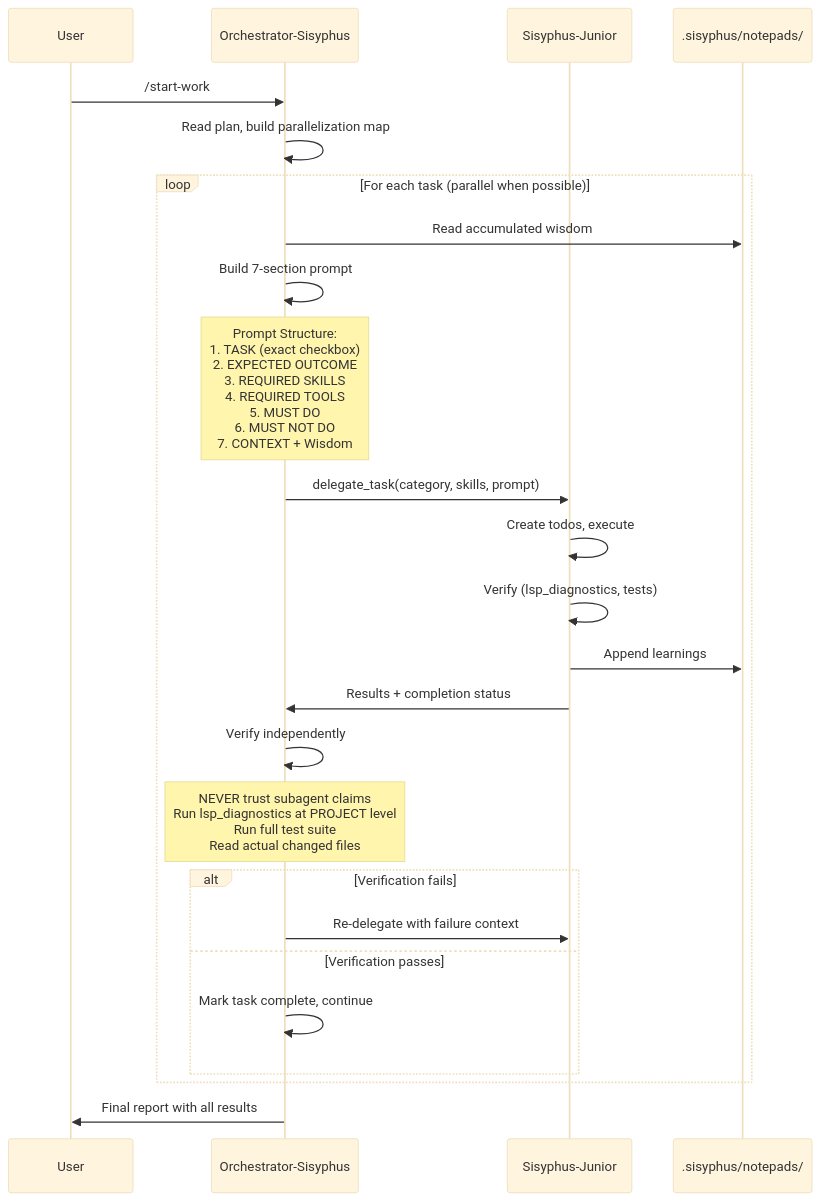
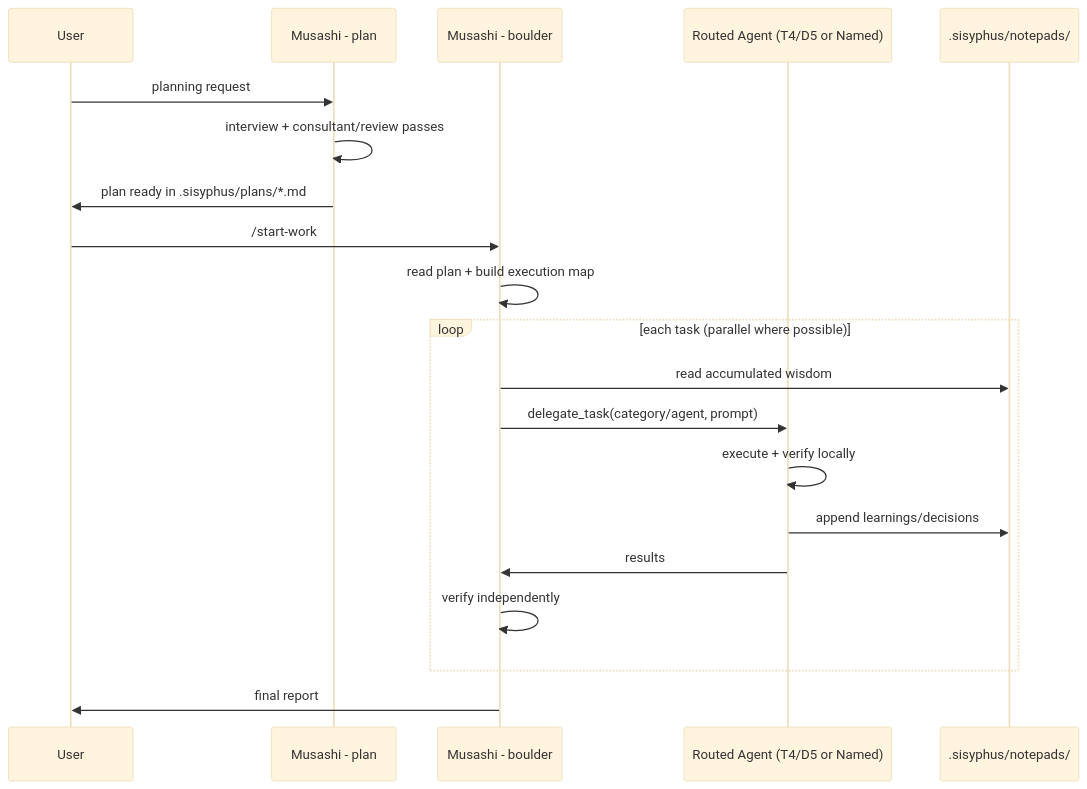
One commit to codewithkenzo/oh-my-opencode changed the fourth of 4 diagrams in docs/guide/understanding-orchestration-system.md. Above: the diagram before and after it, drawn with Mermaid (base theme). The commit also changed other lines of this file and 12 other files, not shown here.

First line of the commit message:
Sprint 6: Fix stale agent refs + docs refresh for 8-agent architecture (#28)

````diff
--- a/docs/guide/understanding-orchestration-system.md
+++ b/docs/guide/understanding-orchestration-system.md
@@ -352,35 +200,26 @@
 ```mermaid
 sequenceDiagram
     participant User
-    participant Orchestrator as Orchestrator-Sisyphus
-    participant Junior as Sisyphus-Junior
+    participant Plan as Musashi - plan
+    participant Boulder as Musashi - boulder
+    participant Worker as Routed Agent (T4/D5 or Named)
     participant Notepad as .sisyphus/notepads/
-    
-    User->>Orchestrator: /start-work
-    Orchestrator->>Orchestrator: Read plan, build parallelization map
-    
-    loop For each task (parallel when possible)
-        Orchestrator->>Notepad: Read accumulated wisdom
-        Orchestrator->>Orchestrator: Build 7-section prompt
-        
-        Note over Orchestrator: Prompt Structure:<br/>1. TASK (exact checkbox)<br/>2. EXPECTED OUTCOME<br/>3. REQUIRED SKILLS<br/>4. REQUIRED TOOLS<br/>5. MUST DO<br/>6. MUST NOT DO<br/>7. CONTEXT + Wisdom
-        
-        Orchestrator->>Junior: delegate_task(category, skills, prompt)
-        
-        Junior->>Junior: Create todos, execute
-        Junior->>Junior: Verify (lsp_diagnostics, tests)
-        Junior->>Notepad: Append learnings
-        Junior->>Orchestrator: Results + completion status
-        
-        Orchestrator->>Orchestrator: Verify independently
-        Note over Orchestrator: NEVER trust subagent claims<br/>Run lsp_diagnostics at PROJECT level<br/>Run full test suite<br/>Read actual changed files
-        
-        alt Verification fails
-            Orchestrator->>Junior: Re-delegate with failure context
-        else Verification passes
-            Orchestrator->>Orchestrator: Mark task complete, continue
-        end
+
+    User->>Plan: planning request
+    Plan->>Plan: interview + consultant/review passes
+    Plan->>User: plan ready in .sisyphus/plans/*.md
+
+    User->>Boulder: /start-work
+    Boulder->>Boulder: read plan + build execution map
+
+    loop each task (parallel where possible)
+        Boulder->>Notepad: read accumulated wisdom
+        Boulder->>Worker: delegate_task(category/agent, prompt)
+        Worker->>Worker: execute + verify locally
+        Worker->>Notepad: append learnings/decisions
+        Worker->>Boulder: results
+        Boulder->>Boulder: verify independently
     end
-    
-    Orchestrator->>User: Final report with all results
+
+    Boulder->>User: final report
 ```
````
